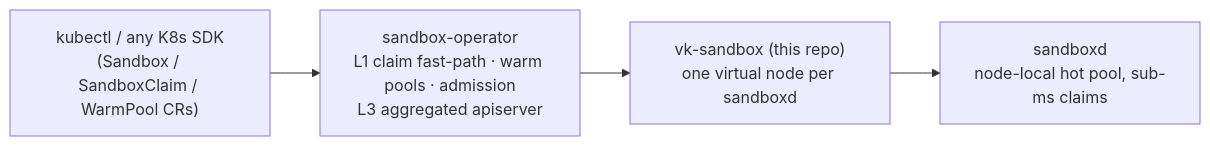
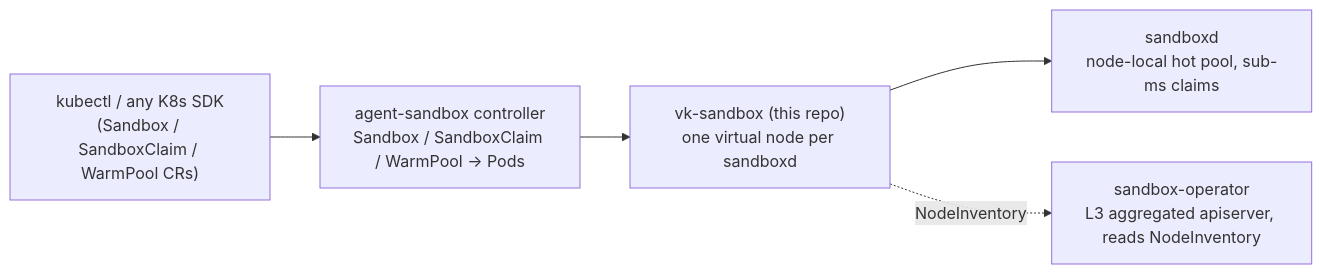
The diagram in README.md (cocoonstack/vk-sandbox), drawn with Mermaid before and after one commit. The commit also changed other lines of this file and 23 other files, not shown here.

First line of the commit message:
Follow sandbox-operator's upstream import, publish the claim time, and align the repo with the family (#17)

````diff
--- a/README.md
+++ b/README.md
@@ -17,8 +17,10 @@
 ```mermaid
 flowchart LR
     K["kubectl / any K8s SDK<br/>(Sandbox / SandboxClaim / WarmPool CRs)"]
-    OP["sandbox-operator<br/>L1 claim fast-path · warm pools · admission<br/>L3 aggregated apiserver"]
+    OP["agent-sandbox controller<br/>Sandbox / SandboxClaim / WarmPool → Pods"]
     VK["vk-sandbox (this repo)<br/>one virtual node per sandboxd"]
     SD["sandboxd<br/>node-local hot pool, sub-ms claims"]
+    L3["sandbox-operator<br/>L3 aggregated apiserver, reads NodeInventory"]
     K --> OP --> VK --> SD
+    VK -. NodeInventory .-> L3
 ```
````
